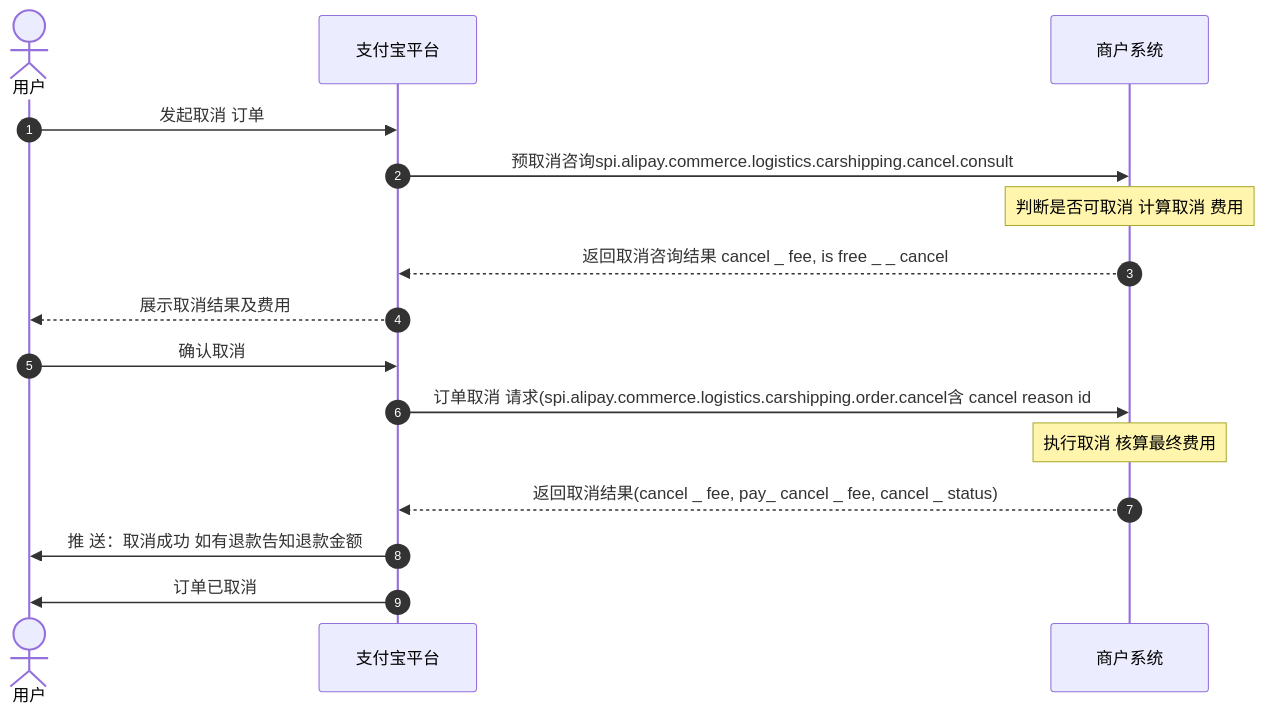
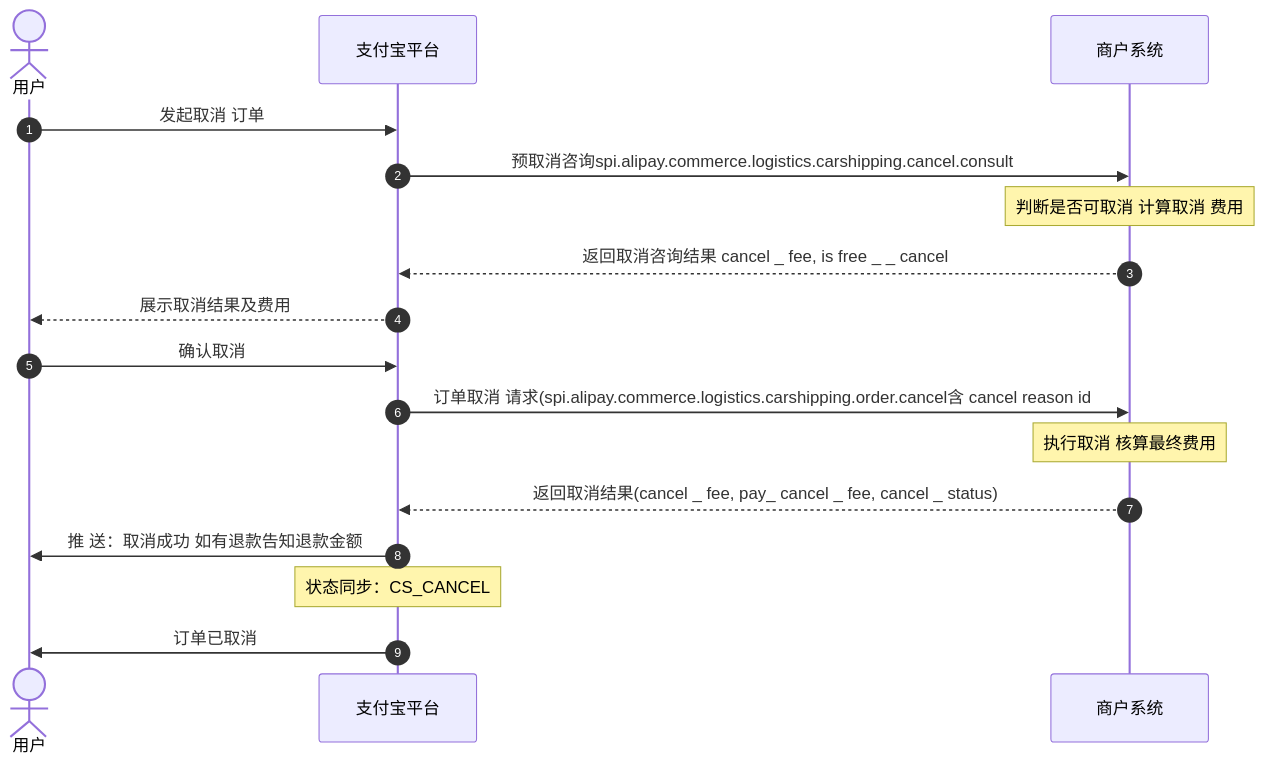
Before and after one commit to pingpm/mermaid_vault: the diagram in notes/取消 订单时序_e57a9910-97b8-4c65-9669-0c2f3234df41.md, drawn with Mermaid. The commit also changed 2 other files, not shown here.

Commit message:
Sync Mermaid Studio data (11 diagrams)

````diff
--- a/notes/取消 订单时序_e57a9910-97b8-4c65-9669-0c2f3234df41.md
+++ b/notes/取消 订单时序_e57a9910-97b8-4c65-9669-0c2f3234df41.md
@@ -3,19 +3,20 @@
 ```mermaid
 sequenceDiagram
   autonumber
   actor p0 as 用户
   participant p1 as 支付宝平台
   participant p2 as 商户系统
   p0->>p1: 发起取消 订单
   p1->>p2: 预取消咨询spi.alipay.commerce.logistics.carshipping.cancel.consult
   Note over p2: 判断是否可取消 计算取消 费⽤
   p2-->>p1: 返回取消咨询结果 cancel _ fee, is free _ _ cancel
   p1-->>p0: 展示取消结果及费⽤
   p0->>p1: 确认取消
   p1->>p2: 订单取消 请求(spi.alipay.commerce.logistics.carshipping.order.cancel含 cancel reason id
   Note over p2: 执⾏取消 核算最终费⽤
   p2-->>p1: 返回取消结果(cancel _ fee, pay_ cancel _ fee, cancel _ status)
   p1->>p0: 推 送：取消成功 如有退款告知退款⾦额
+  Note over p1: 状态同步：CS_CANCEL
   p1->>p0: 订单已取消
 
 ```
````
